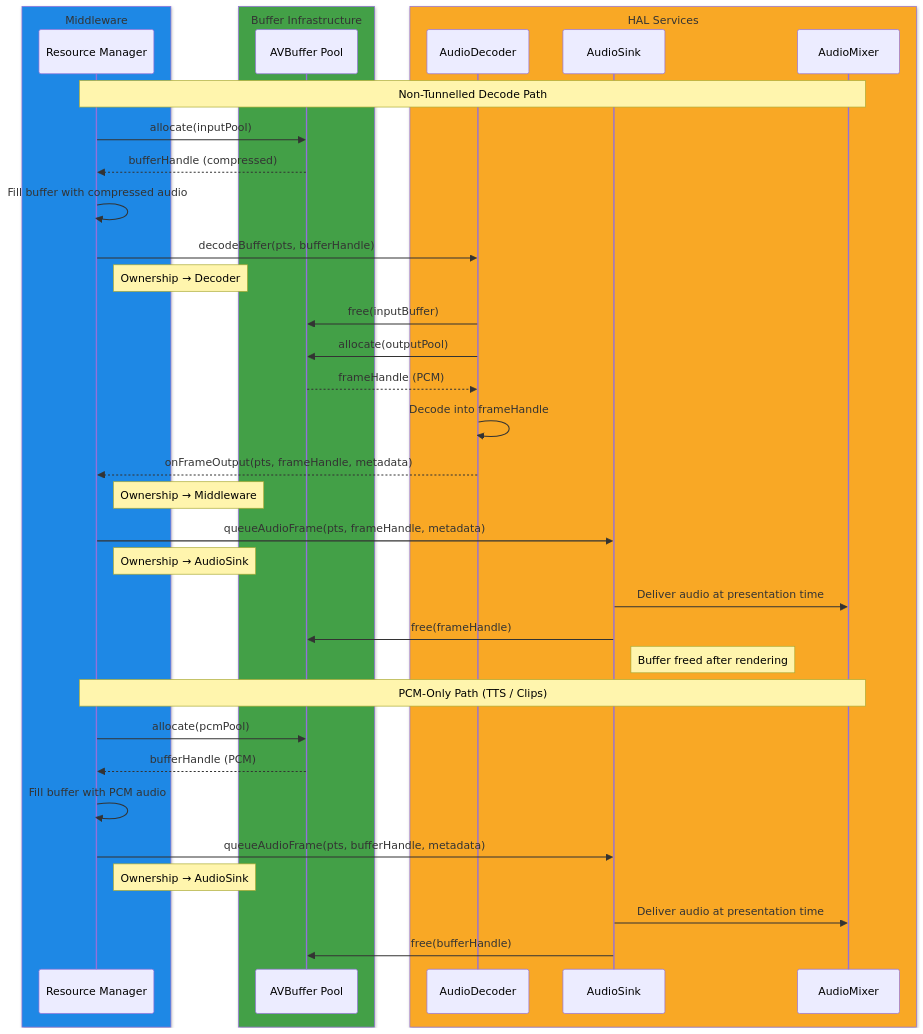
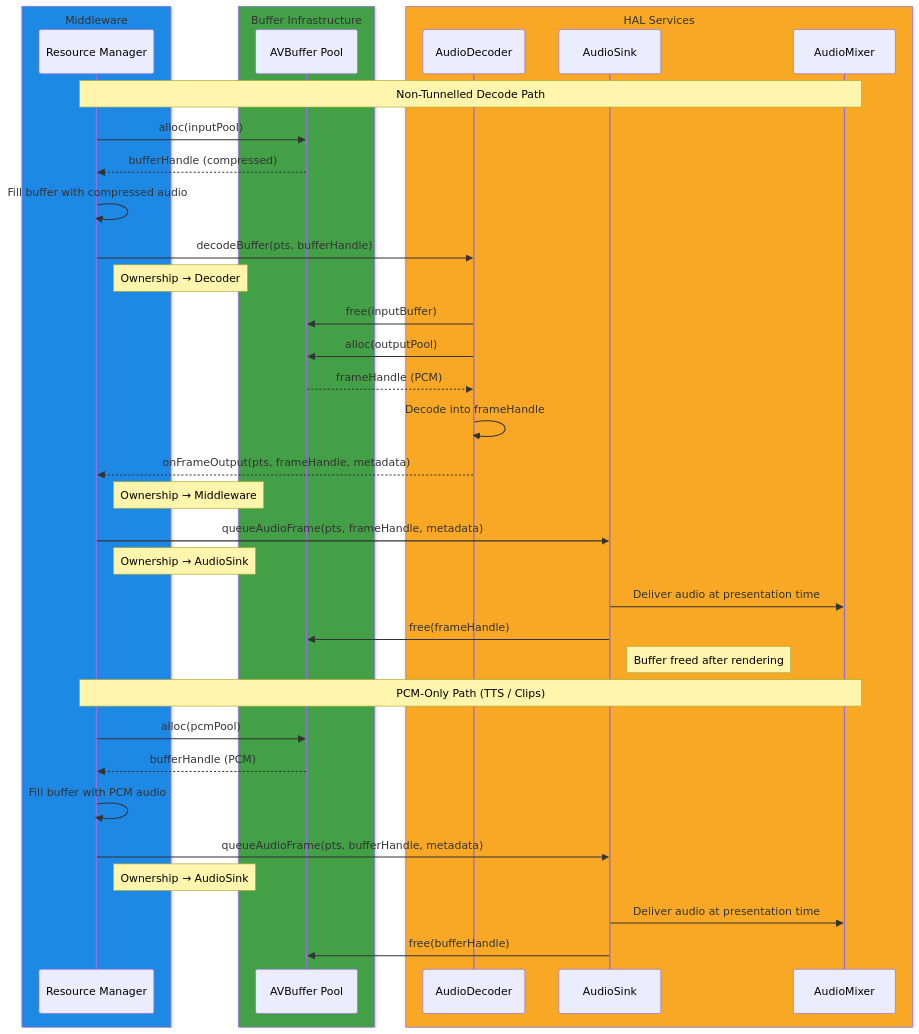
Before and after one commit to rdkcentral/rdk-halif-aidl: the second of 6 diagrams in docs/halif/audio_mixer/current/audio_system_architecture.md, drawn with Mermaid. The commit also changed other lines of this file, not shown here.

First line of the commit message:
docs: fix Copilot review comments in audio system architecture (#354)

````diff
--- a/docs/halif/audio_mixer/current/audio_system_architecture.md
+++ b/docs/halif/audio_mixer/current/audio_system_architecture.md
@@ -134,46 +134,46 @@
 ```mermaid
 sequenceDiagram
     box rgb(30,136,229) Middleware
         participant MW as Resource Manager
     end
     box rgb(67,160,71) Buffer Infrastructure
         participant BUF as AVBuffer Pool
     end
     box rgb(249,168,37) HAL Services
         participant DEC as AudioDecoder
         participant SINK as AudioSink
         participant MIX as AudioMixer
     end
 
     Note over MW,MIX: Non-Tunnelled Decode Path
 
-    MW->>BUF: allocate(inputPool)
+    MW->>BUF: alloc(inputPool)
     BUF-->>MW: bufferHandle (compressed)
     MW->>MW: Fill buffer with compressed audio
     MW->>DEC: decodeBuffer(pts, bufferHandle)
     Note right of MW: Ownership → Decoder
 
     DEC->>BUF: free(inputBuffer)
-    DEC->>BUF: allocate(outputPool)
+    DEC->>BUF: alloc(outputPool)
     BUF-->>DEC: frameHandle (PCM)
     DEC->>DEC: Decode into frameHandle
     DEC-->>MW: onFrameOutput(pts, frameHandle, metadata)
     Note right of MW: Ownership → Middleware
 
     MW->>SINK: queueAudioFrame(pts, frameHandle, metadata)
     Note right of MW: Ownership → AudioSink
 
     SINK->>MIX: Deliver audio at presentation time
     SINK->>BUF: free(frameHandle)
     Note right of SINK: Buffer freed after rendering
 
     Note over MW,MIX: PCM-Only Path (TTS / Clips)
 
-    MW->>BUF: allocate(pcmPool)
+    MW->>BUF: alloc(pcmPool)
     BUF-->>MW: bufferHandle (PCM)
     MW->>MW: Fill buffer with PCM audio
     MW->>SINK: queueAudioFrame(pts, bufferHandle, metadata)
     Note right of MW: Ownership → AudioSink
     SINK->>MIX: Deliver audio at presentation time
     SINK->>BUF: free(bufferHandle)
 ```
````
